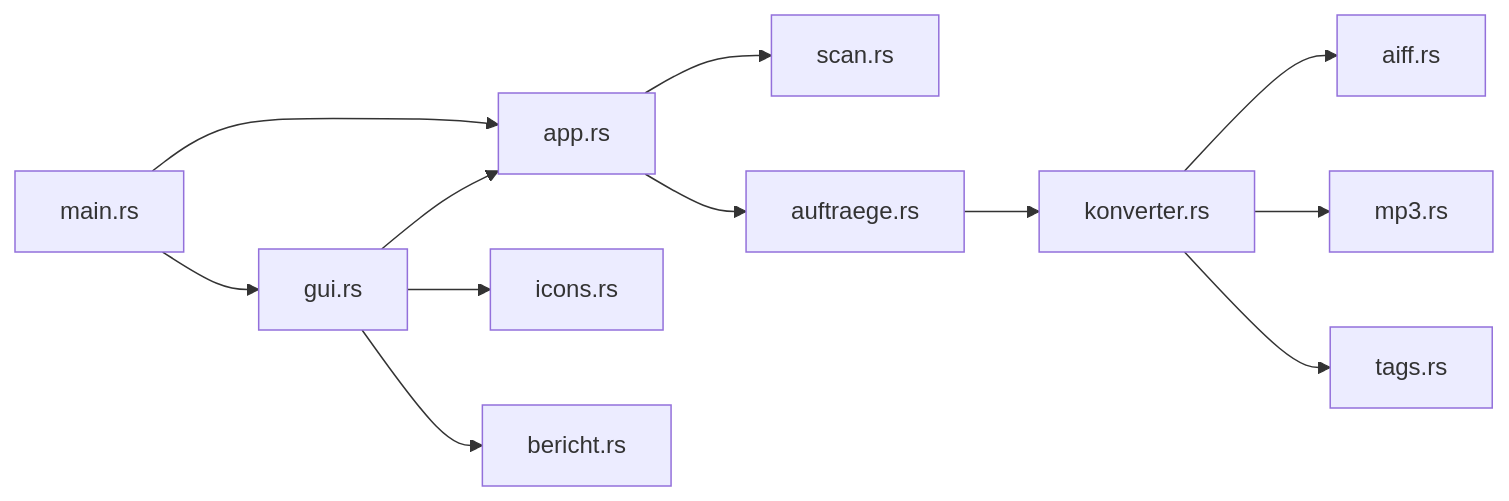
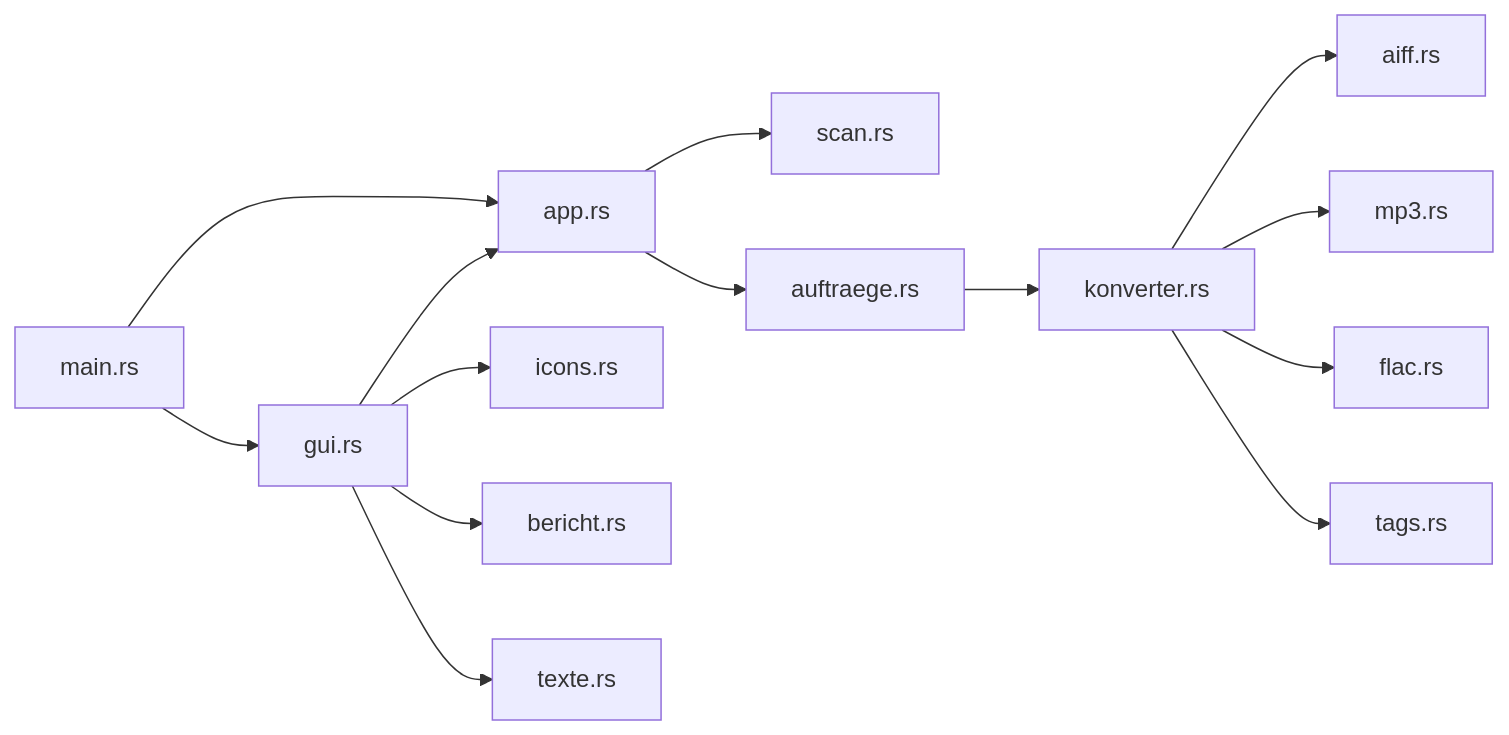
One commit to Senci/audio-konverter changed the diagram in wiki/entscheidungen.md. Above: the diagram before and after it, drawn with Mermaid. The commit also changed other lines of this file and 24 other files, not shown here.

````diff
--- a/wiki/entscheidungen.md
+++ b/wiki/entscheidungen.md
@@ -36,14 +42,16 @@
 ```mermaid
 flowchart LR
     main["main.rs"] --> app["app.rs"]
     main --> gui["gui.rs"]
     gui --> app
     gui --> icons["icons.rs"]
     gui --> bericht["bericht.rs"]
+    gui --> texte["texte.rs"]
     app --> scan["scan.rs"]
     app --> auftraege["auftraege.rs"]
     auftraege --> konverter["konverter.rs"]
     konverter --> aiff["aiff.rs"]
     konverter --> mp3["mp3.rs"]
+    konverter --> flac["flac.rs"]
     konverter --> tags["tags.rs"]
 ```
````
